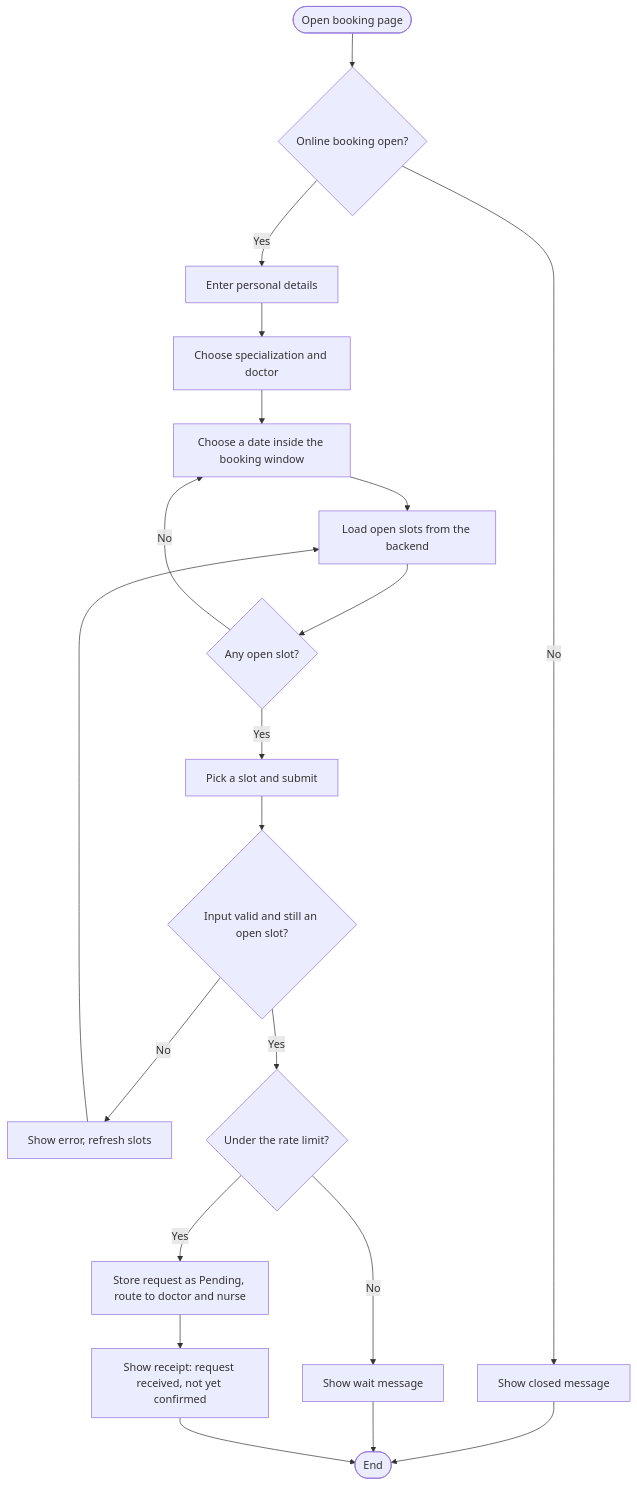
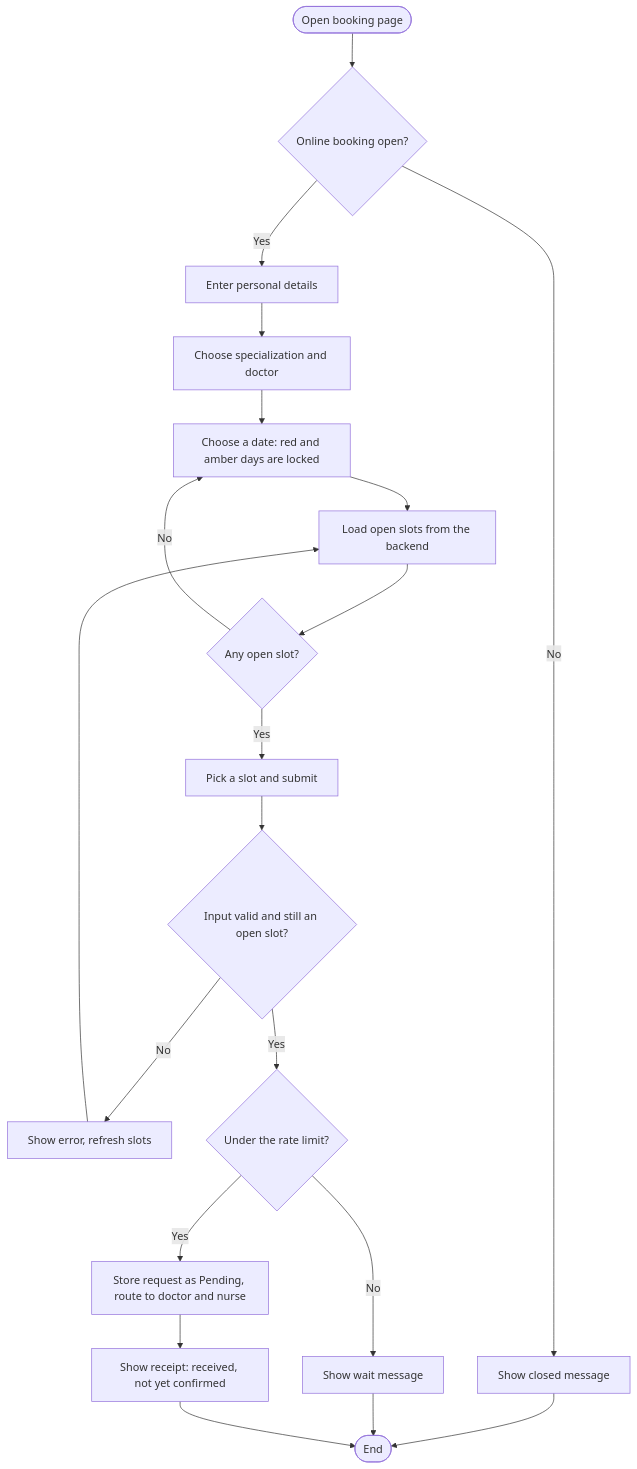
Before and after one commit to kelsengile/AppointMed: the eighth of 11 diagrams in DOCUMENTATION.md, drawn with Mermaid. The commit also changed other lines of this file and 8 other files, not shown here.

````diff
--- a/DOCUMENTATION.md
+++ b/DOCUMENTATION.md
@@ -615,19 +621,19 @@
 ```mermaid
 flowchart TD
     A([Open booking page]) --> B{Online booking open?}
     B -- No --> B1[Show closed message] --> Z([End])
     B -- Yes --> C[Enter personal details]
     C --> D[Choose specialization and doctor]
-    D --> E[Choose a date inside the booking window]
+    D --> E[Choose a date: red and amber days are locked]
     E --> F[Load open slots from the backend]
     F --> G{Any open slot?}
     G -- No --> E
     G -- Yes --> H[Pick a slot and submit]
     H --> I{Input valid and still an open slot?}
     I -- No --> J[Show error, refresh slots] --> F
     I -- Yes --> K{Under the rate limit?}
     K -- No --> L[Show wait message] --> Z
     K -- Yes --> M[Store request as Pending, route to doctor and nurse]
-    M --> N[Show receipt: request received, not yet confirmed]
+    M --> N[Show receipt: received, not yet confirmed]
     N --> Z
 ```
````
